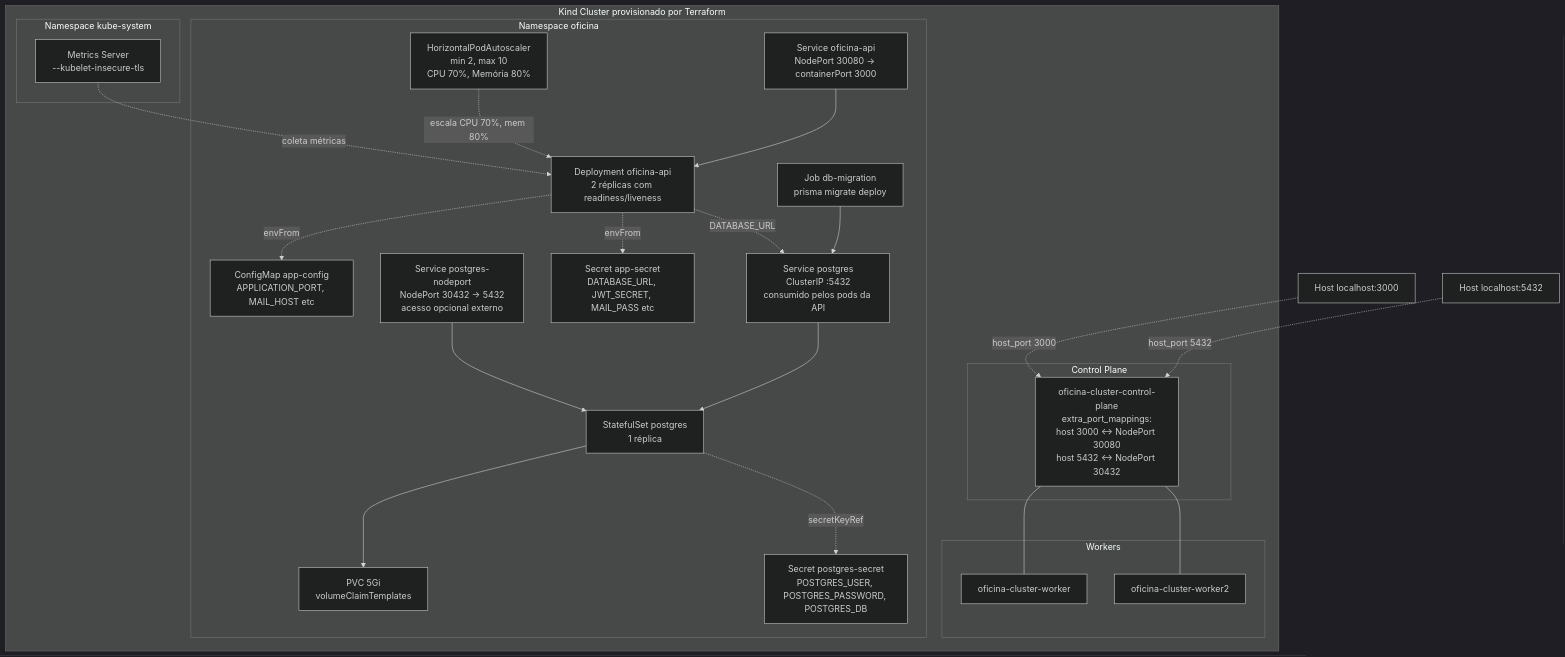
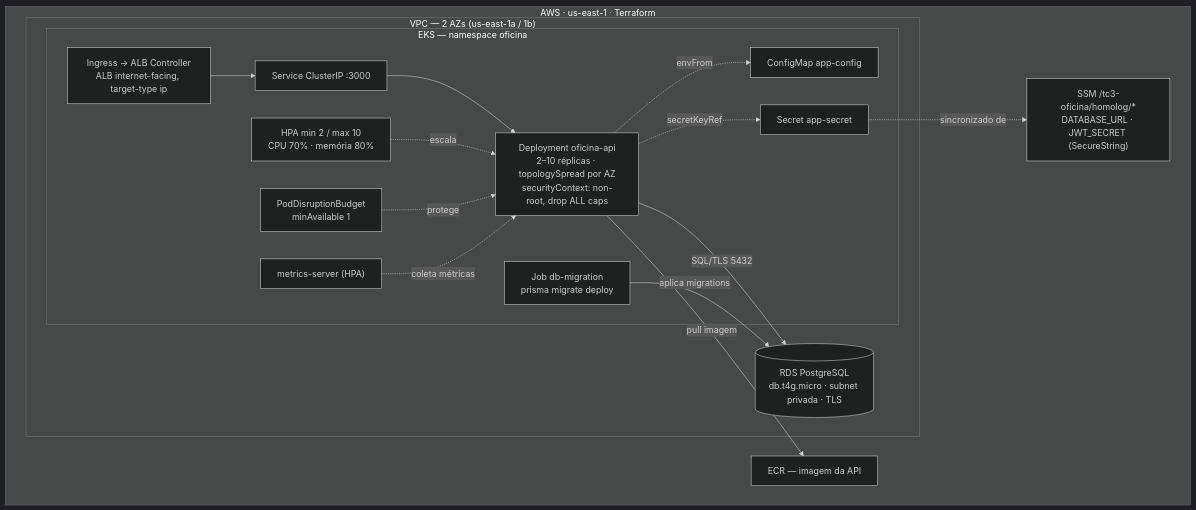
One commit to LucasValada/tech-challenge-fiap changed the fourth of 8 diagrams in README.md. Above: the diagram before and after it, drawn with Mermaid (dark theme). The commit also changed other lines of this file and 4 other files, not shown here.

````diff
--- a/README.md
+++ b/README.md
@@ -193,51 +258,32 @@
 ```mermaid
 graph TB
-    HostApp[Host localhost:3000]
-    HostDb[Host localhost:5432]
-
-    subgraph KindCluster[Kind Cluster provisionado por Terraform]
-        subgraph ControlPlane[Control Plane]
-            CP[oficina-cluster-control-plane<br/>extra_port_mappings:<br/>host 3000 ↔ NodePort 30080<br/>host 5432 ↔ NodePort 30432]
+    subgraph AWS["AWS · us-east-1 · Terraform"]
+        subgraph VPC["VPC — 2 AZs (us-east-1a / 1b)"]
+            subgraph EKS["EKS — namespace oficina"]
+                Ingress["Ingress → ALB Controller<br/>ALB internet-facing, target-type ip"]
+                Svc["Service ClusterIP :3000"]
+                Deploy["Deployment oficina-api<br/>2–10 réplicas · topologySpread por AZ<br/>securityContext: non-root, drop ALL caps"]
+                HPA["HPA min 2 / max 10<br/>CPU 70% · memória 80%"]
+                PDB["PodDisruptionBudget<br/>minAvailable 1"]
+                CM["ConfigMap app-config"]
+                Sec["Secret app-secret"]
+                Job["Job db-migration<br/>prisma migrate deploy"]
+                MS["metrics-server (HPA)"]
+            end
+            RDS[("RDS PostgreSQL<br/>db.t4g.micro · subnet privada · TLS")]
         end
-
-        subgraph Workers[Workers]
-            W1[oficina-cluster-worker]
-            W2[oficina-cluster-worker2]
-        end
-
-        subgraph NamespaceOficina[Namespace oficina]
-            HPA[HorizontalPodAutoscaler<br/>min 2, max 10<br/>CPU 70%, Memória 80%]
-            Deploy[Deployment oficina-api<br/>2 réplicas com readiness/liveness]
-            SvcApi[Service oficina-api<br/>NodePort 30080 → containerPort 3000]
-            SS[StatefulSet postgres<br/>1 réplica]
-            PVC[PVC 5Gi<br/>volumeClaimTemplates]
-            PgSec[Secret postgres-secret<br/>POSTGRES_USER, POSTGRES_PASSWORD, POSTGRES_DB]
-            SvcPgCluster[Service postgres<br/>ClusterIP :5432<br/>consumido pelos pods da API]
-            SvcPgNode[Service postgres-nodeport<br/>NodePort 30432 → 5432<br/>acesso opcional externo]
-            CM[ConfigMap app-config<br/>APPLICATION_PORT, MAIL_HOST etc]
-            Sec[Secret app-secret<br/>DATABASE_URL, JWT_SECRET, MAIL_PASS etc]
-            Job[Job db-migration<br/>prisma migrate deploy]
-        end
-
-        subgraph KubeSystem[Namespace kube-system]
-            MS[Metrics Server<br/>--kubelet-insecure-tls]
-        end
-
-        HPA -.->|escala CPU 70%, mem 80%| Deploy
-        SvcApi --> Deploy
-        SS --> PVC
-        SS -.->|secretKeyRef| PgSec
-        SvcPgCluster --> SS
-        SvcPgNode --> SS
-        Deploy -.->|envFrom| CM
-        Deploy -.->|envFrom| Sec
-        Deploy -.->|DATABASE_URL| SvcPgCluster
-        Job --> SvcPgCluster
-        MS -.->|coleta métricas| Deploy
+        ECR["ECR — imagem da API"]
+        SSM["SSM /tc3-oficina/homolog/*<br/>DATABASE_URL · JWT_SECRET (SecureString)"]
     end
 
-    HostApp -.->|host_port 3000| CP
-    HostDb -.->|host_port 5432| CP
-    CP --- W1
-    CP --- W2
+    Ingress --> Svc --> Deploy
+    HPA -.->|escala| Deploy
+    PDB -.->|protege| Deploy
+    Deploy -.->|envFrom| CM
+    Deploy -.->|secretKeyRef| Sec
+    Deploy -->|"SQL/TLS 5432"| RDS
+    Deploy -->|pull imagem| ECR
+    Sec -.->|sincronizado de| SSM
+    Job -->|aplica migrations| RDS
+    MS -.->|coleta métricas| Deploy
 ```
````
